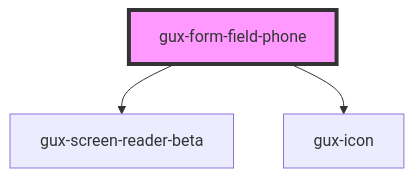
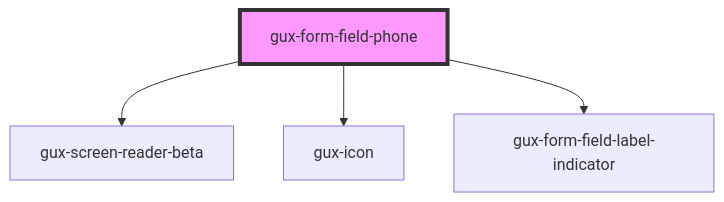
Before and after one commit to MyPureCloud/genesys-spark: the diagram in packages/genesys-spark-components/src/components/stable/gux-form-field/components/gux-form-field-phone/readme.md, drawn with Mermaid. The commit also changed other lines of this file and 48 other files, not shown here.

Commit message:
feat(other): Add optional indicator and bold weight to form labels

````diff
--- a/packages/genesys-spark-components/src/components/stable/gux-form-field/components/gux-form-field-phone/readme.md
+++ b/packages/genesys-spark-components/src/components/stable/gux-form-field/components/gux-form-field-phone/readme.md
@@ -33,6 +35,7 @@
 ```mermaid
 graph TD;
   gux-form-field-phone --> gux-screen-reader-beta
   gux-form-field-phone --> gux-icon
+  gux-form-field-phone --> gux-form-field-label-indicator
   style gux-form-field-phone fill:#f9f,stroke:#333,stroke-width:4px
 ```
````
